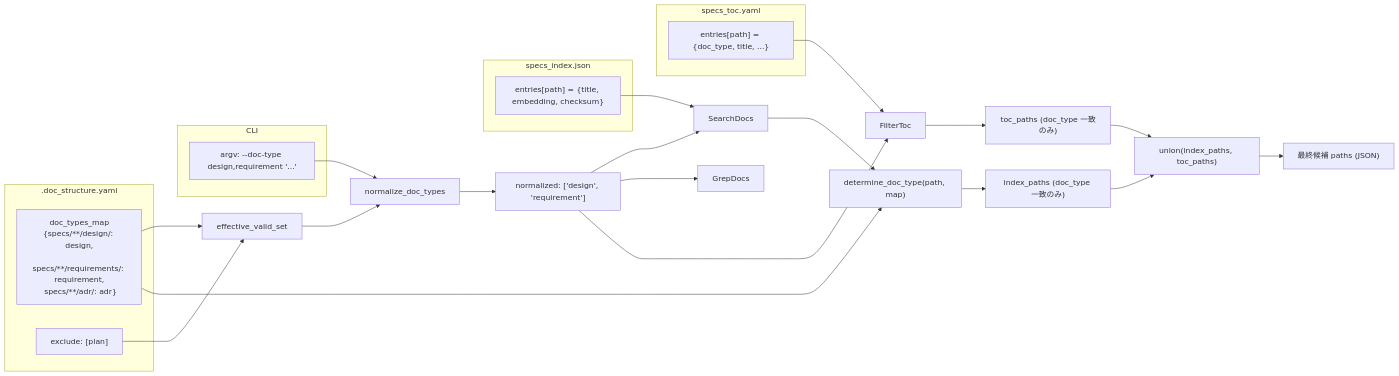
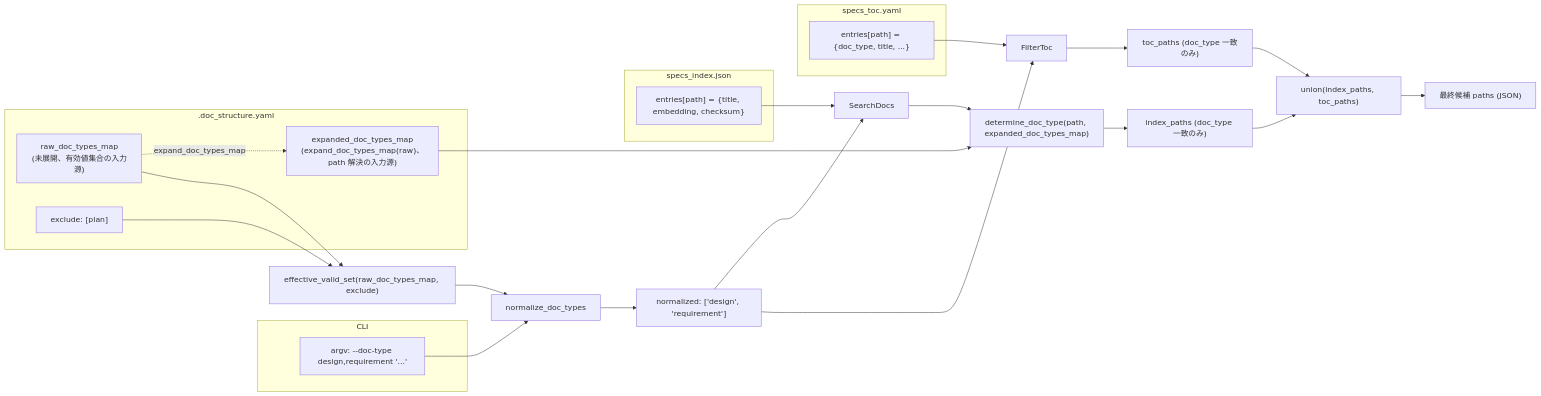
One commit to BlueEventHorizon/bw-cc-plugins changed the sixth of 6 diagrams in docs/specs/doc-advisor/design/DES-026_doc_type_filter_design.md. Above: the diagram before and after it, drawn with Mermaid. The commit also changed other lines of this file and 3 other files, not shown here.

````diff
--- a/docs/specs/doc-advisor/design/DES-026_doc_type_filter_design.md
+++ b/docs/specs/doc-advisor/design/DES-026_doc_type_filter_design.md
@@ -364,41 +393,42 @@
 ```mermaid
 flowchart LR
     subgraph CLI
         Args["argv: --doc-type design,requirement '...'"]
     end
 
     subgraph Config[".doc_structure.yaml"]
-        DTM["doc_types_map<br/>{specs/**/design/: design,<br/> specs/**/requirements/: requirement,<br/> specs/**/adr/: adr}"]
+        DTM_RAW["raw_doc_types_map<br/>(未展開、有効値集合の入力源)"]
+        DTM_EXP["expanded_doc_types_map<br/>(expand_doc_types_map(raw)、path 解決の入力源)"]
         EXC["exclude: [plan]"]
+        DTM_RAW -.expand_doc_types_map.-> DTM_EXP
     end
 
     subgraph Toc["specs_toc.yaml"]
         Entries["entries[path] = {doc_type, title, ...}"]
     end
 
     subgraph Index["specs_index.json"]
         IEntries["entries[path] = {title, embedding, checksum}"]
     end
 
     Args --> Norm["normalize_doc_types"]
-    DTM --> Eff["effective_valid_set"]
+    DTM_RAW --> Eff["effective_valid_set(raw_doc_types_map, exclude)"]
     EXC --> Eff
     Eff --> Norm
     Norm --> NormDT["normalized: ['design', 'requirement']"]
 
     NormDT --> SearchDocs
-    NormDT --> GrepDocs
     NormDT --> FilterToc
 
     IEntries --> SearchDocs
-    SearchDocs --> PathRes["determine_doc_type(path, map)"]
-    DTM --> PathRes
+    SearchDocs --> PathRes["determine_doc_type(path, expanded_doc_types_map)"]
+    DTM_EXP --> PathRes
     PathRes --> IndexPaths["index_paths (doc_type 一致のみ)"]
 
     Entries --> FilterToc
     FilterToc --> TocPaths["toc_paths (doc_type 一致のみ)"]
 
     IndexPaths --> Union["union(index_paths, toc_paths)"]
     TocPaths --> Union
     Union --> Result["最終候補 paths (JSON)"]
 ```
````
